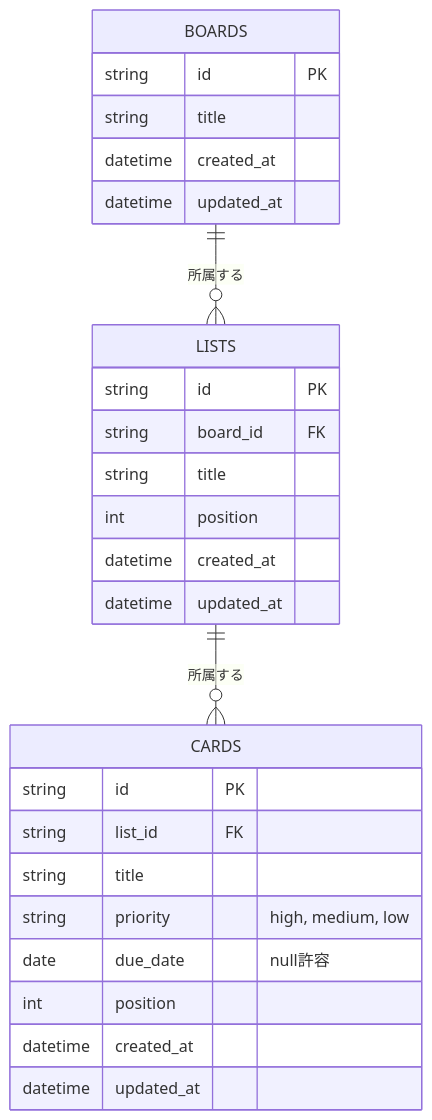
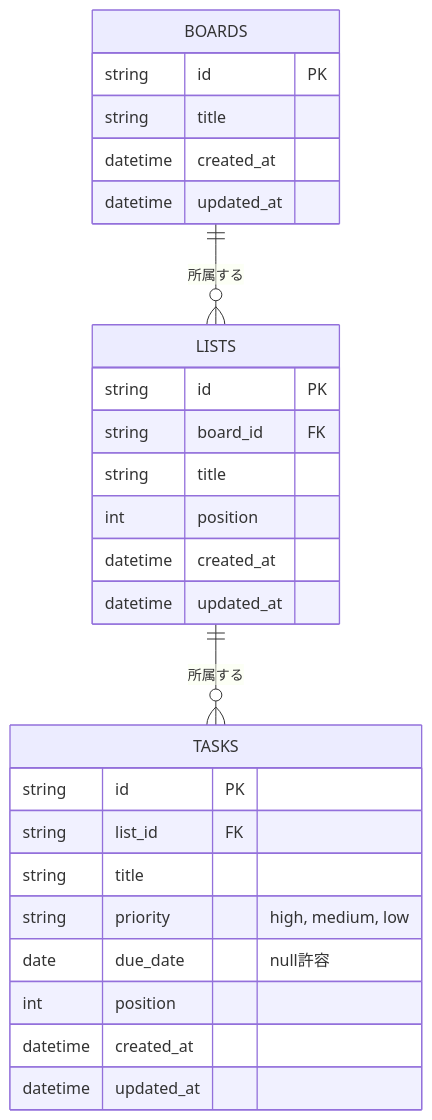
Before and after one commit to masatsumaple-creator/task-management: the diagram in docs/requirements/data-model.md, drawn with Mermaid. The commit also changed other lines of this file and 42 other files, not shown here.

First line of the commit message:
Rename cards table/entity/API to tasks across backend, frontend, and docs

````diff
--- a/docs/requirements/data-model.md
+++ b/docs/requirements/data-model.md
@@ -9,30 +9,30 @@
 ```mermaid
 erDiagram
   BOARDS ||--o{ LISTS : "所属する"
-  LISTS ||--o{ CARDS : "所属する"
+  LISTS ||--o{ TASKS : "所属する"
 
   BOARDS {
     string id PK
     string title
     datetime created_at
     datetime updated_at
   }
   LISTS {
     string id PK
     string board_id FK
     string title
     int position
     datetime created_at
     datetime updated_at
   }
-  CARDS {
+  TASKS {
     string id PK
     string list_id FK
     string title
     string priority "high, medium, low"
     date due_date "null許容"
     int position
     datetime created_at
     datetime updated_at
   }
 ```
````
